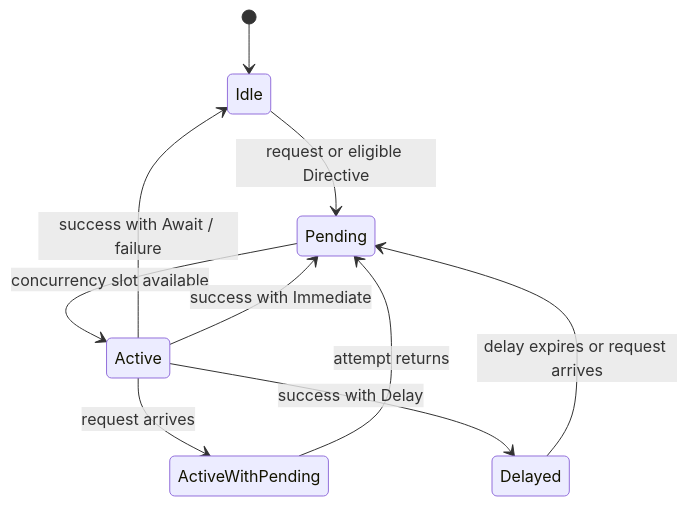
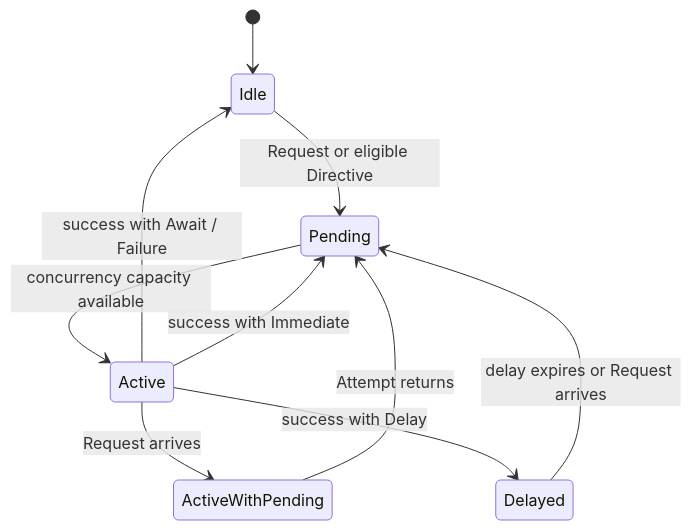
The fifth of 5 diagrams in openspec/changes/establish-reconciliation-control-loop/model.md (kotokumu/arcloom), drawn with Mermaid before and after one commit. The commit also changed other lines of this file and 42 other files, not shown here.

````diff
--- a/openspec/changes/establish-reconciliation-control-loop/model.md
+++ b/openspec/changes/establish-reconciliation-control-loop/model.md
@@ -72,12 +153,12 @@
 ```mermaid
 stateDiagram-v2
     [*] --> Idle
-    Idle --> Pending: request or eligible Directive
-    Pending --> Active: concurrency slot available
-    Active --> ActiveWithPending: request arrives
-    Active --> Idle: success with Await / failure
+    Idle --> Pending: Request or eligible Directive
+    Pending --> Active: concurrency capacity available
+    Active --> ActiveWithPending: Request arrives
+    Active --> Idle: success with Await / Failure
     Active --> Pending: success with Immediate
     Active --> Delayed: success with Delay
-    ActiveWithPending --> Pending: attempt returns
-    Delayed --> Pending: delay expires or request arrives
+    ActiveWithPending --> Pending: Attempt returns
+    Delayed --> Pending: delay expires or Request arrives
 ```
````
